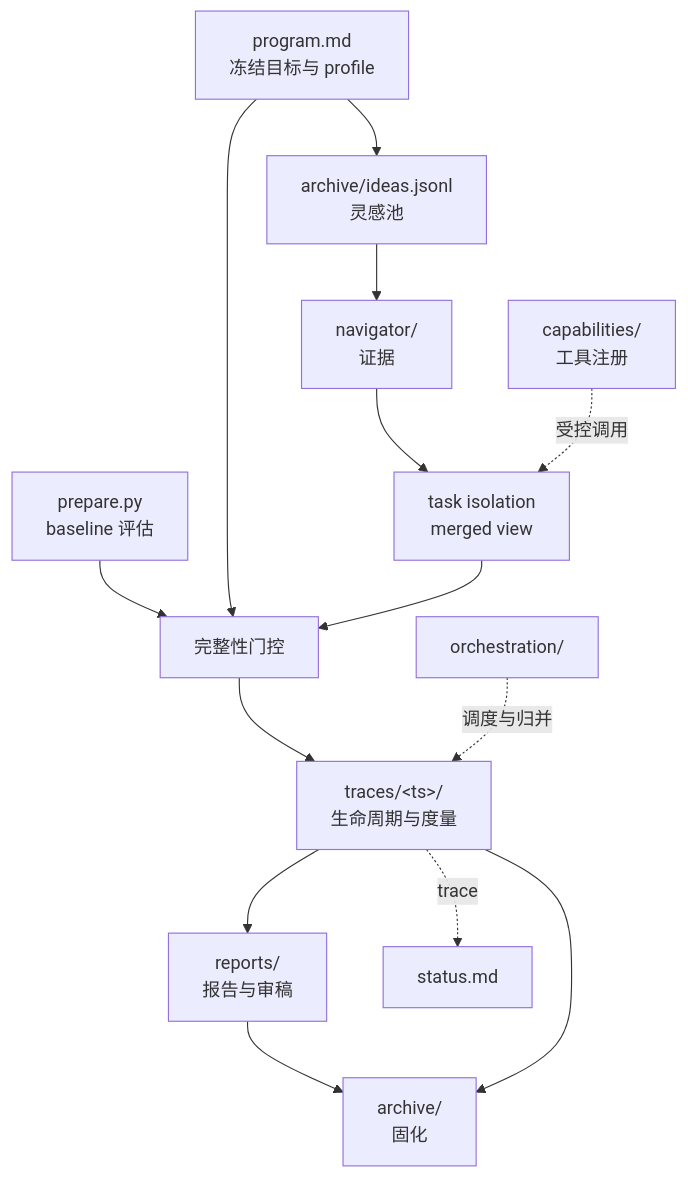
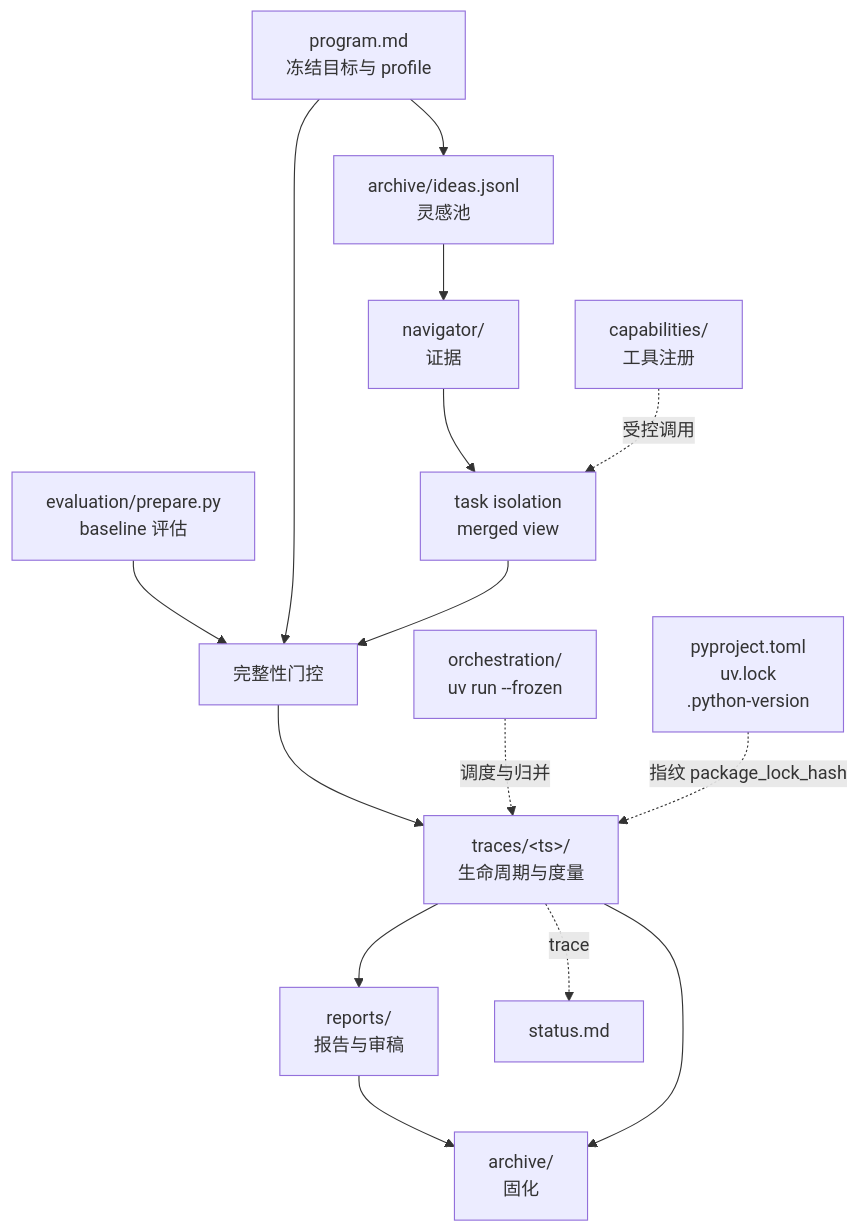
The diagram in template/01-workspace-layout.md (dbydd/research-flywheel), drawn with Mermaid before and after one commit. The commit also changed other lines of this file and 19 other files, not shown here.

First line of the commit message:
feat(uv): add pyproject/lock/python-version and unify uv-first entrypoints

````diff
--- a/template/01-workspace-layout.md
+++ b/template/01-workspace-layout.md
@@ -61,15 +65,16 @@
 ```mermaid
 flowchart TD
     Prog[program.md<br/>冻结目标与 profile] --> Ideas[archive/ideas.jsonl<br/>灵感池]
     Ideas --> Nav[navigator/<br/>证据]
     Nav --> Iso[task isolation<br/>merged view]
-    Prep[prepare.py<br/>baseline 评估] --> Gate[完整性门控]
+    Prep[evaluation/prepare.py<br/>baseline 评估] --> Gate[完整性门控]
     Prog --> Gate
     Iso --> Gate --> Traces[traces/&lt;ts&gt;/<br/>生命周期与度量]
     Traces --> Reports[reports/<br/>报告与审稿]
     Reports --> Archive[archive/<br/>固化]
     Traces --> Archive
     Cap[capabilities/<br/>工具注册] -.受控调用.-> Iso
-    Orch[orchestration/] -.调度与归并.-> Traces
+    Orch[orchestration/<br/>uv run --frozen] -.调度与归并.-> Traces
     Traces -.trace.-> Status[status.md]
+    Lock[pyproject.toml<br/>uv.lock<br/>.python-version] -.指纹 package_lock_hash.-> Traces
 ```
````
